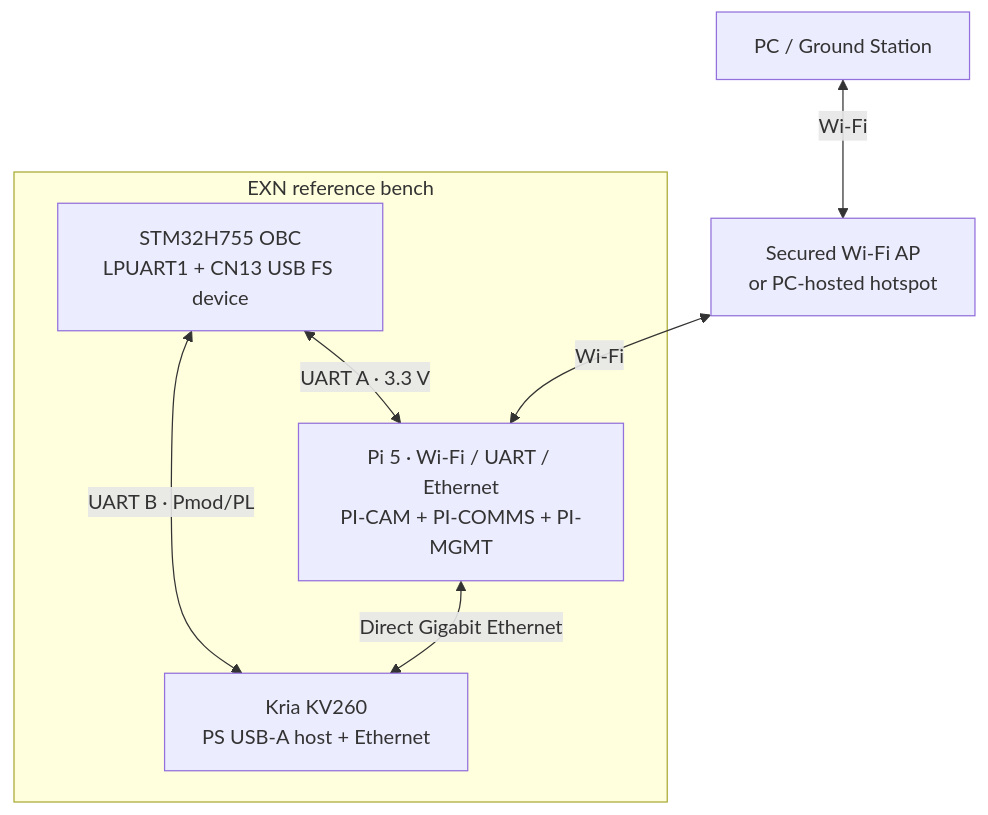
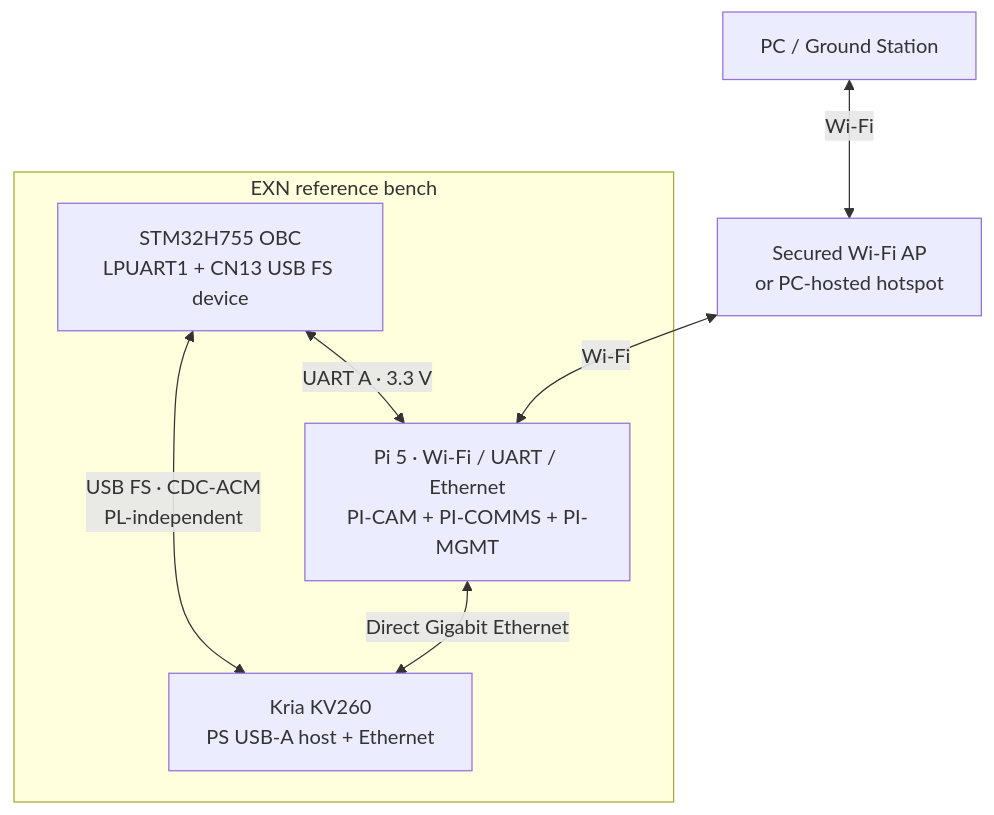
Before and after one commit to ExoSpaceLabs/exn: the third of 10 diagrams in docs/architecture.md, drawn with Mermaid.

Commit message:
docs(exn): adopt USB CDC KV260 control without PL

````diff
--- a/docs/architecture.md
+++ b/docs/architecture.md
@@ -116,15 +116,15 @@
 ```mermaid
 flowchart TB
   GS["PC / Ground Station"]
   WIFI["Secured Wi-Fi AP<br/>or PC-hosted hotspot"]
   subgraph BENCH["EXN reference bench"]
     PI5["Pi 5 · Wi-Fi / UART / Ethernet<br/>PI-CAM + PI-COMMS + PI-MGMT"]
     MCU["STM32H755 OBC<br/>LPUART1 + CN13 USB FS device"]
     FPGA["Kria KV260<br/>PS USB-A host + Ethernet"]
     MCU <-->|"UART A · 3.3 V"| PI5
-    MCU <-->|"UART B · Pmod/PL"| FPGA
+    MCU <-->|"USB FS · CDC-ACM<br/>PL-independent"| FPGA
     PI5 <-->|"Direct Gigabit Ethernet"| FPGA
   end
   GS <-->|"Wi-Fi"| WIFI
   WIFI <-->|"Wi-Fi"| PI5
 ```
````
